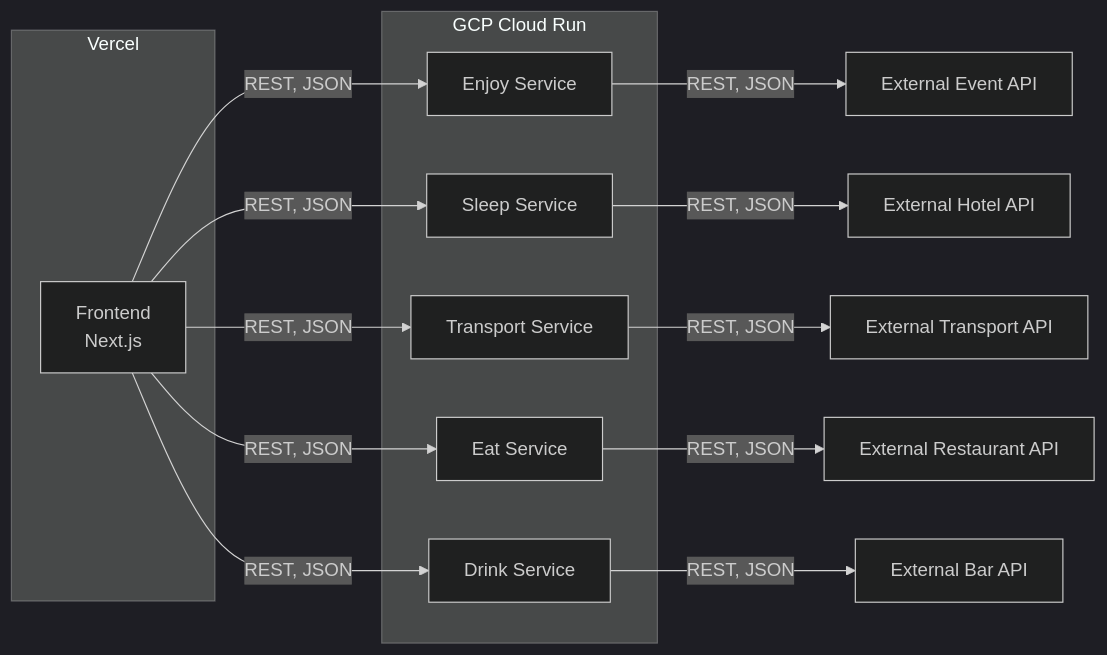
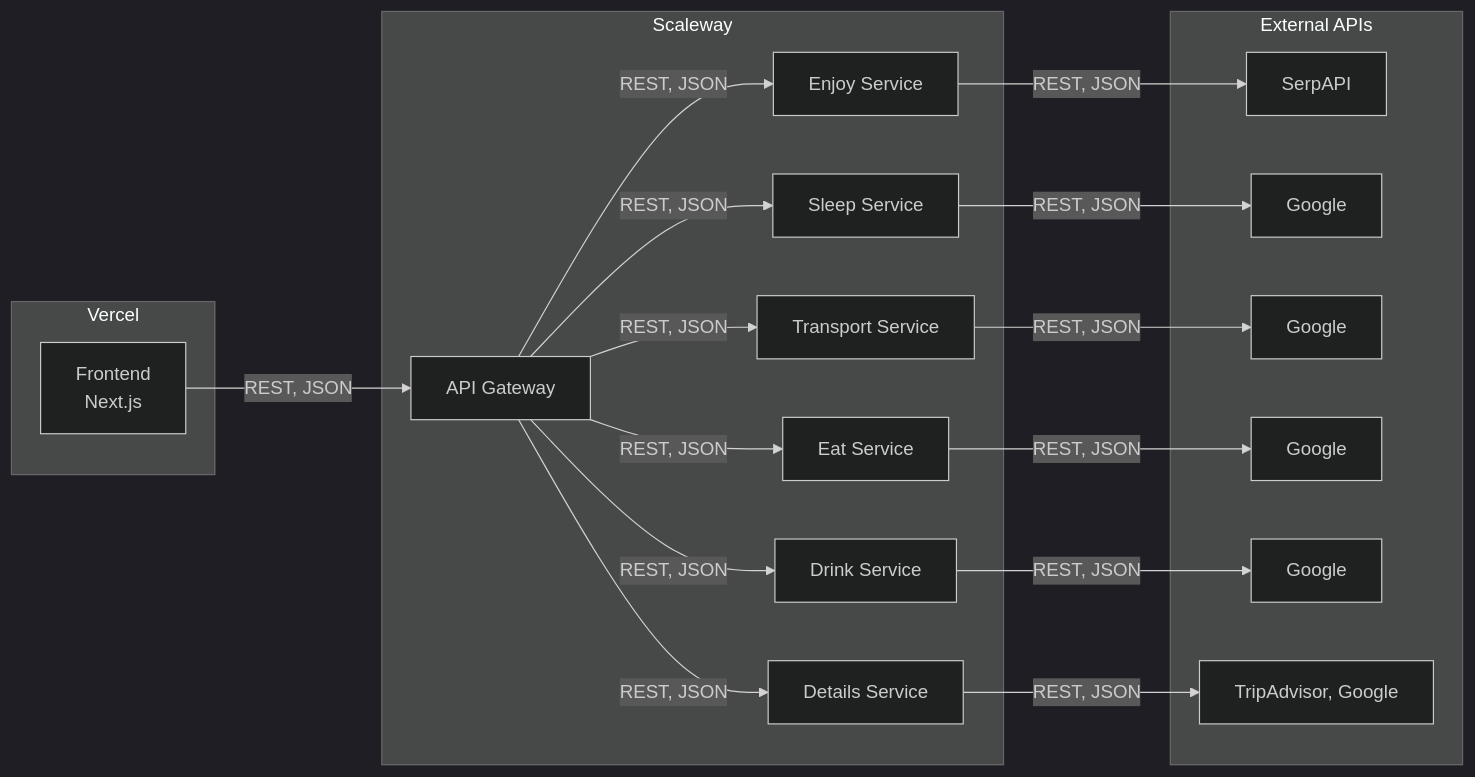
One commit to EpicRoadTrip/EpicRoadTrip changed the diagram in README.md. Above: the diagram before and after it, drawn with Mermaid (dark theme). The commit also changed other lines of this file, not shown here.

````diff
--- a/README.md
+++ b/README.md
@@ -72,23 +76,36 @@
 ```mermaid
 graph LR
   subgraph Vercel
     A[Frontend<br>Next.js]
   end
-  A -- REST, JSON --> D[Enjoy Service]
-  A -- REST, JSON --> E[Sleep Service]
-  A -- REST, JSON --> F[Transport Service]
-  A -- REST, JSON --> G[Eat Service]
-  A -- REST, JSON --> H[Drink Service]
-  subgraph GCP Cloud Run
-    D
-    E
-    F
-    G
-    H
+  subgraph Scaleway
+    B[API Gateway]
+    D[Enjoy Service]
+    E[Sleep Service]
+    F[Transport Service]
+    G[Eat Service]
+    H[Drink Service]
+    I[Details Service]
   end
-  D -- REST, JSON --> L[External Event API]
-  E -- REST, JSON --> M[External Hotel API]
-  F -- REST, JSON --> N[External Transport API]
-  G -- REST, JSON --> O[External Restaurant API]
-  H -- REST, JSON --> P[External Bar API]
+  A -- REST, JSON --> B
+  B -- REST, JSON --> D
+  B -- REST, JSON --> E
+  B -- REST, JSON --> F
+  B -- REST, JSON --> G
+  B -- REST, JSON --> H
+  B -- REST, JSON --> I
+  subgraph External APIs
+    L[SerpAPI]
+    M[Google]
+    N[Google]
+    O[Google]
+    P[Google]
+    Q[TripAdvisor, Google]
+  end
+  D -- REST, JSON --> L
+  E -- REST, JSON --> M
+  F -- REST, JSON --> N
+  G -- REST, JSON --> O
+  H -- REST, JSON --> P
+  I -- REST, JSON --> Q
 ```
````
